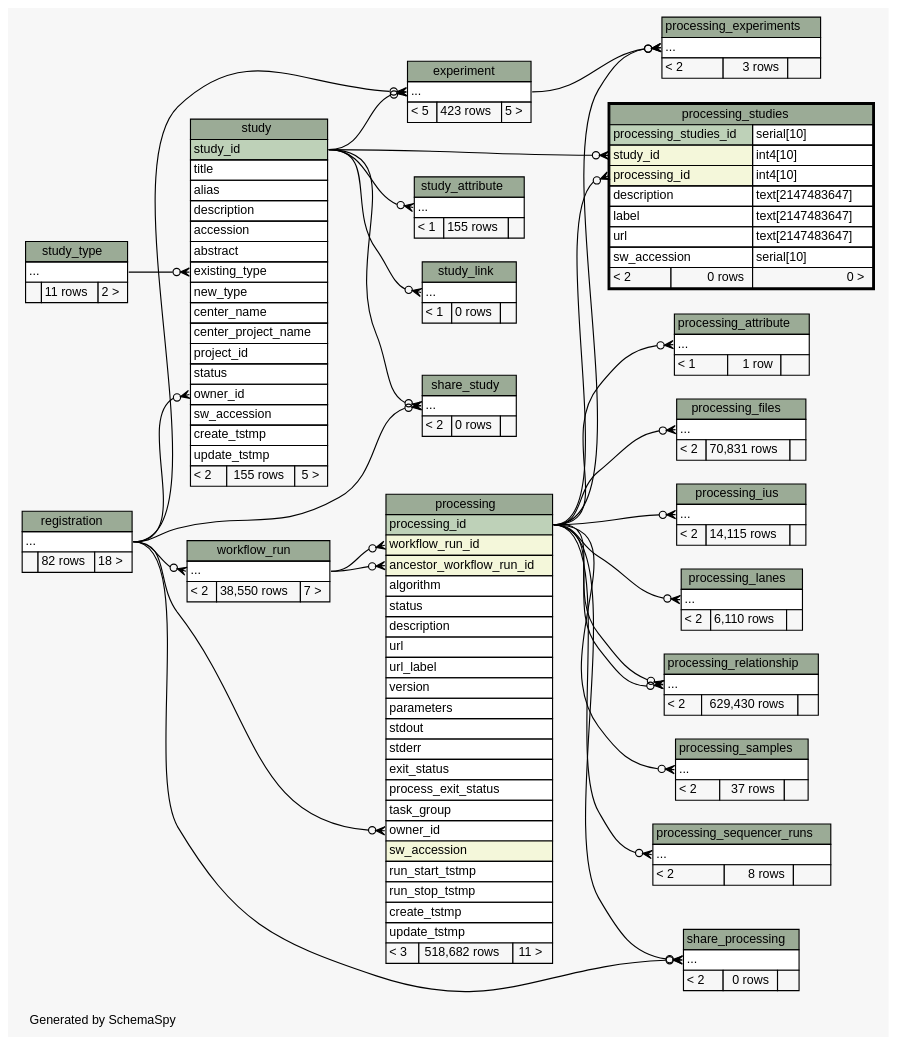
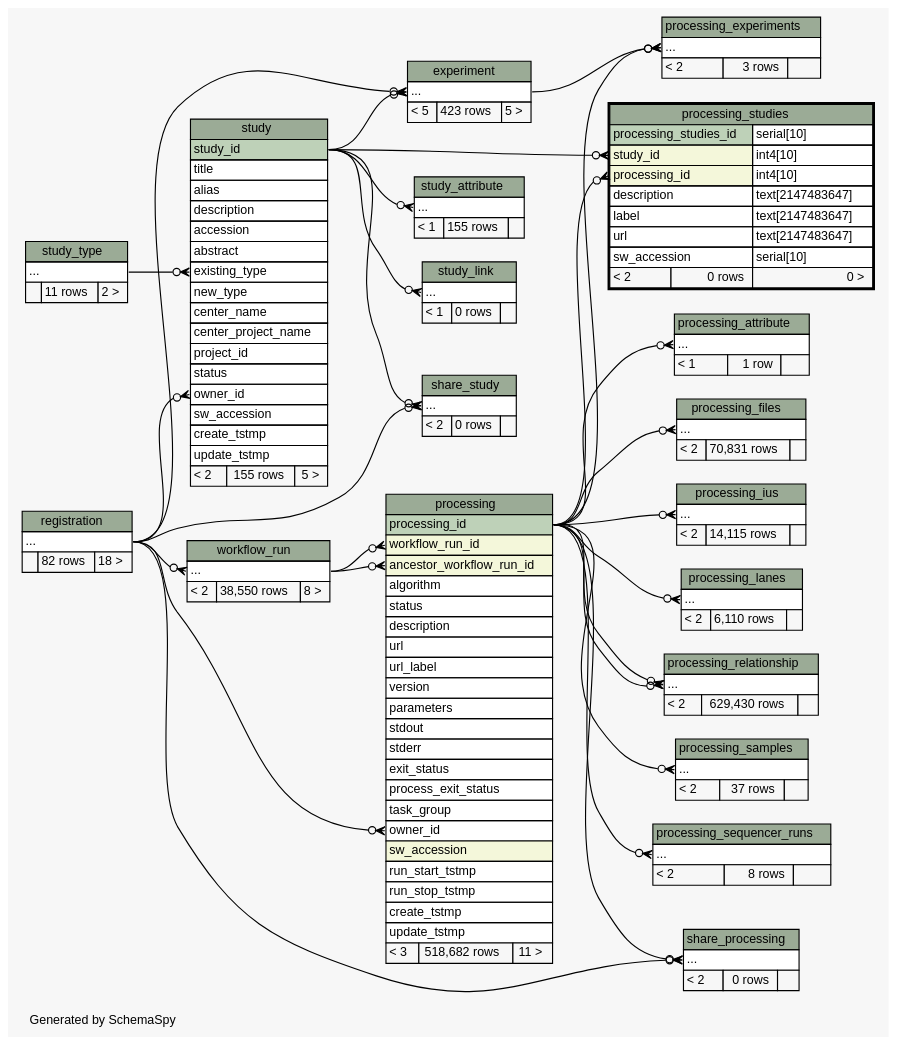
Before and after one commit to SeqWare/seqware.github.com: the diagram in metadb-schema/diagrams/processing_studies.2degrees.dot, drawn with Graphviz. The commit also changed 214 other files, not shown here.

Commit message:
Update dbschema

```diff
--- a/metadb-schema/diagrams/processing_studies.2degrees.dot
+++ b/metadb-schema/diagrams/processing_studies.2degrees.dot
@@ -271,7 +271,7 @@
     <TABLE BORDER="0" CELLBORDER="1" CELLSPACING="0" BGCOLOR="#ffffff">
       <TR><TD COLSPAN="3" BGCOLOR="#9bab96" ALIGN="CENTER">workflow_run</TD></TR>
       <TR><TD PORT="elipses" COLSPAN="3" ALIGN="LEFT">...</TD></TR>
-      <TR><TD ALIGN="LEFT" BGCOLOR="#f7f7f7">&lt; 2</TD><TD ALIGN="RIGHT" BGCOLOR="#f7f7f7">38,550 rows</TD><TD ALIGN="RIGHT" BGCOLOR="#f7f7f7">7 &gt;</TD></TR>
+      <TR><TD ALIGN="LEFT" BGCOLOR="#f7f7f7">&lt; 2</TD><TD ALIGN="RIGHT" BGCOLOR="#f7f7f7">38,550 rows</TD><TD ALIGN="RIGHT" BGCOLOR="#f7f7f7">8 &gt;</TD></TR>
     </TABLE>>
     URL="workflow_run.html"
     tooltip="workflow_run"
```
